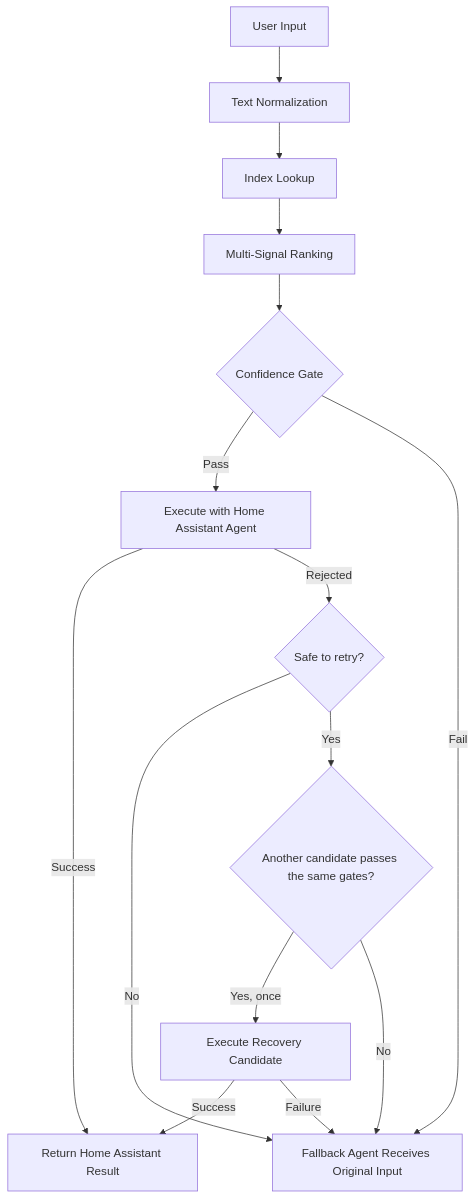
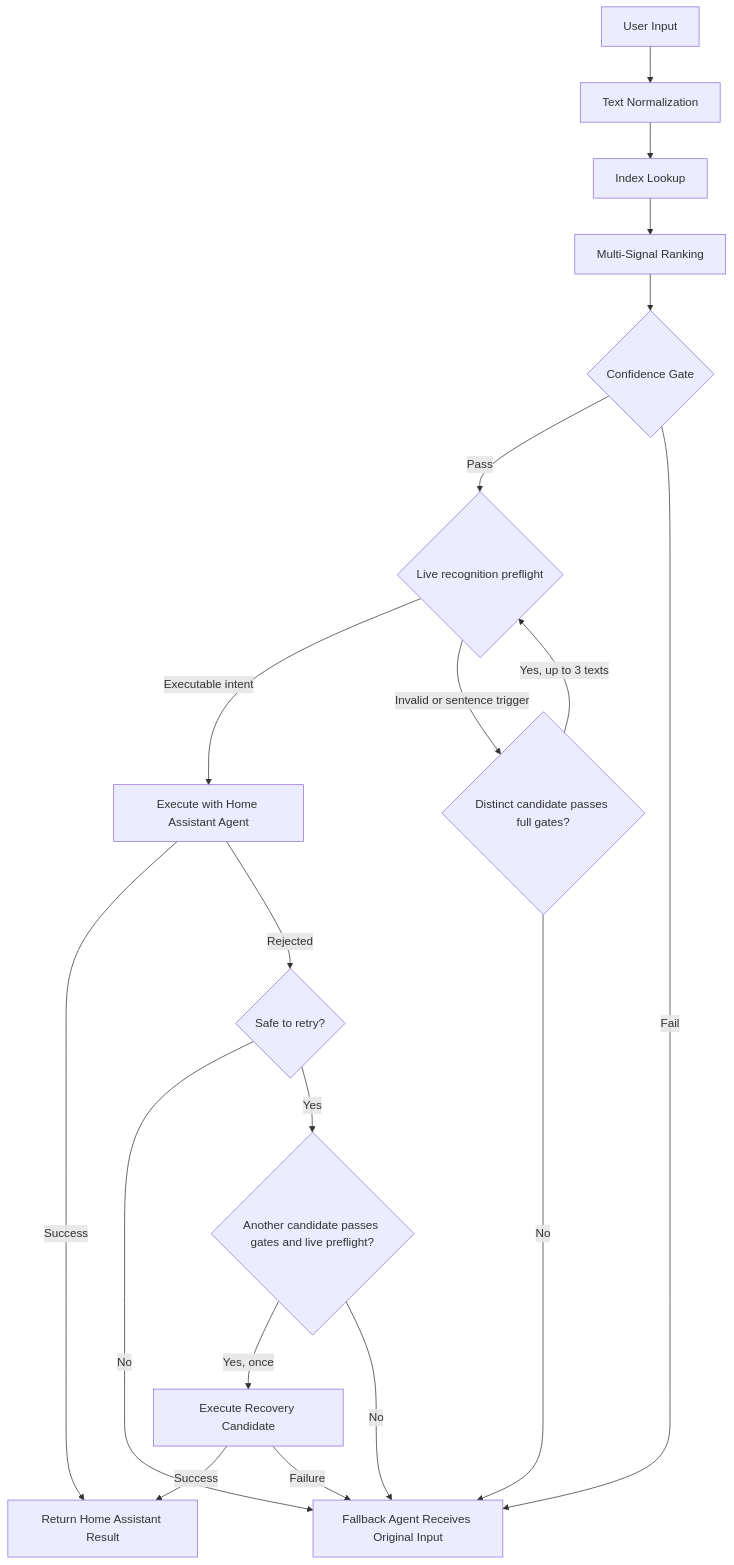
One commit to luuquangvu/assist-canonicalizer changed the diagram in README.md. Above: the diagram before and after it, drawn with Mermaid. The commit also changed other lines of this file and 75 other files, not shown here.

````diff
--- a/README.md
+++ b/README.md
@@ -103,17 +103,21 @@
 ```mermaid
 flowchart TD
     A[User Input] --> B[Text Normalization]
     B --> C[Index Lookup]
     C --> D[Multi-Signal Ranking]
     D --> E{Confidence Gate}
-    E -->|Pass| F[Execute with Home Assistant Agent]
+    E -->|Pass| P{Live recognition preflight}
     E -->|Fail| G[Fallback Agent Receives Original Input]
+    P -->|Executable intent| F[Execute with Home Assistant Agent]
+    P -->|Invalid or sentence trigger| J{Distinct candidate passes full gates?}
+    J -->|Yes, up to 3 texts| P
+    J -->|No| G
     F -->|Success| H[Return Home Assistant Result]
     F -->|Rejected| R{Safe to retry?}
     R -->|No| G
-    R -->|Yes| J{Another candidate passes the same gates?}
-    J -->|Yes, once| K[Execute Recovery Candidate]
-    J -->|No| G
+    R -->|Yes| Q{Another candidate passes gates and live preflight?}
+    Q -->|Yes, once| K[Execute Recovery Candidate]
+    Q -->|No| G
     K -->|Success| H
     K -->|Failure| G
 ```
````
